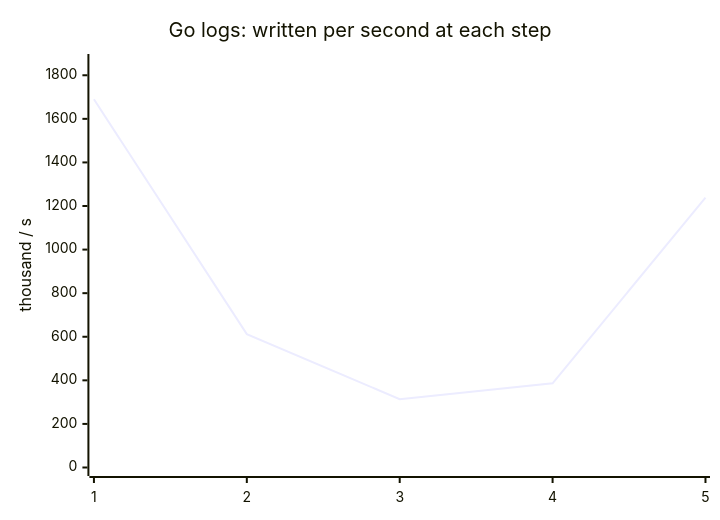
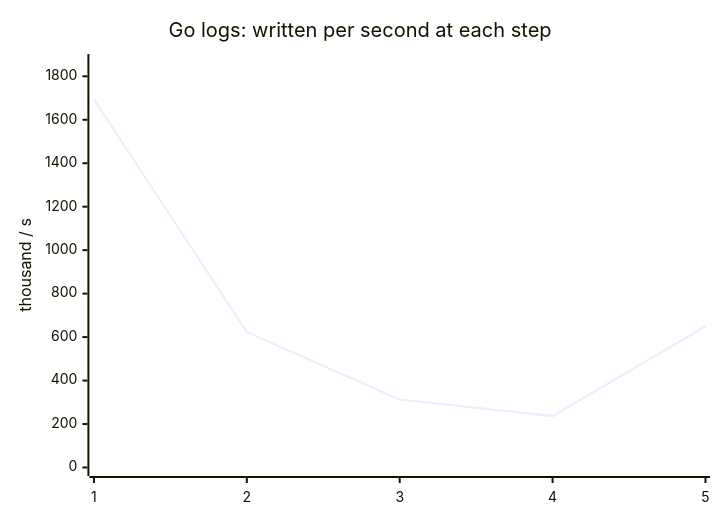
Before and after one commit to the-protobuf-project/telemetry: the fourth of 24 diagrams in docs/benchmark.md, drawn with Mermaid. The commit also changed other lines of this file and 4 other files, not shown here.

````diff
--- a/docs/benchmark.md
+++ b/docs/benchmark.md
@@ -57,7 +57,7 @@
 ```mermaid
 xychart-beta
     title "Go logs: written per second at each step"
     x-axis ["1", "2", "3", "4", "5"]
-    y-axis "thousand / s" 0 --> 1858.56
-    line [1689.6, 612.224, 313.354, 386.11, 1238.49]
+    y-axis "thousand / s" 0 --> 1863.47
+    line [1694.07, 623.101, 312.634, 236.491, 649.714]
 ```
````
